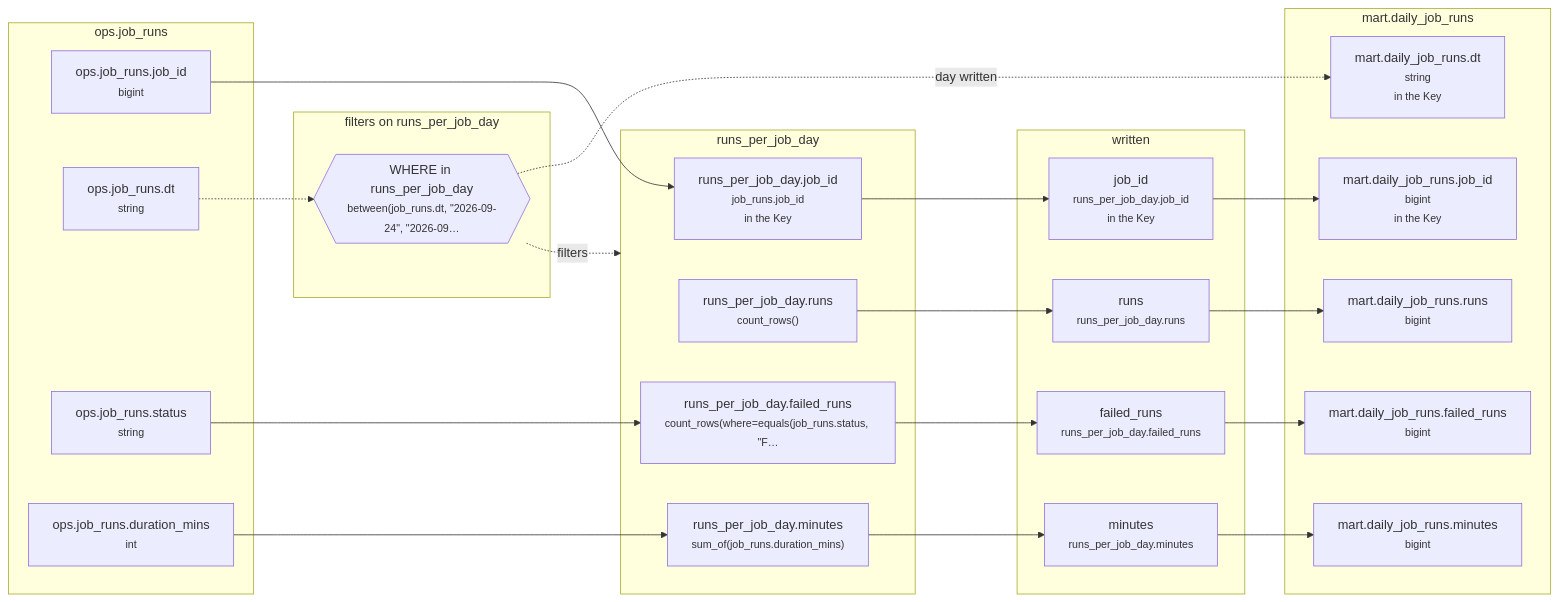
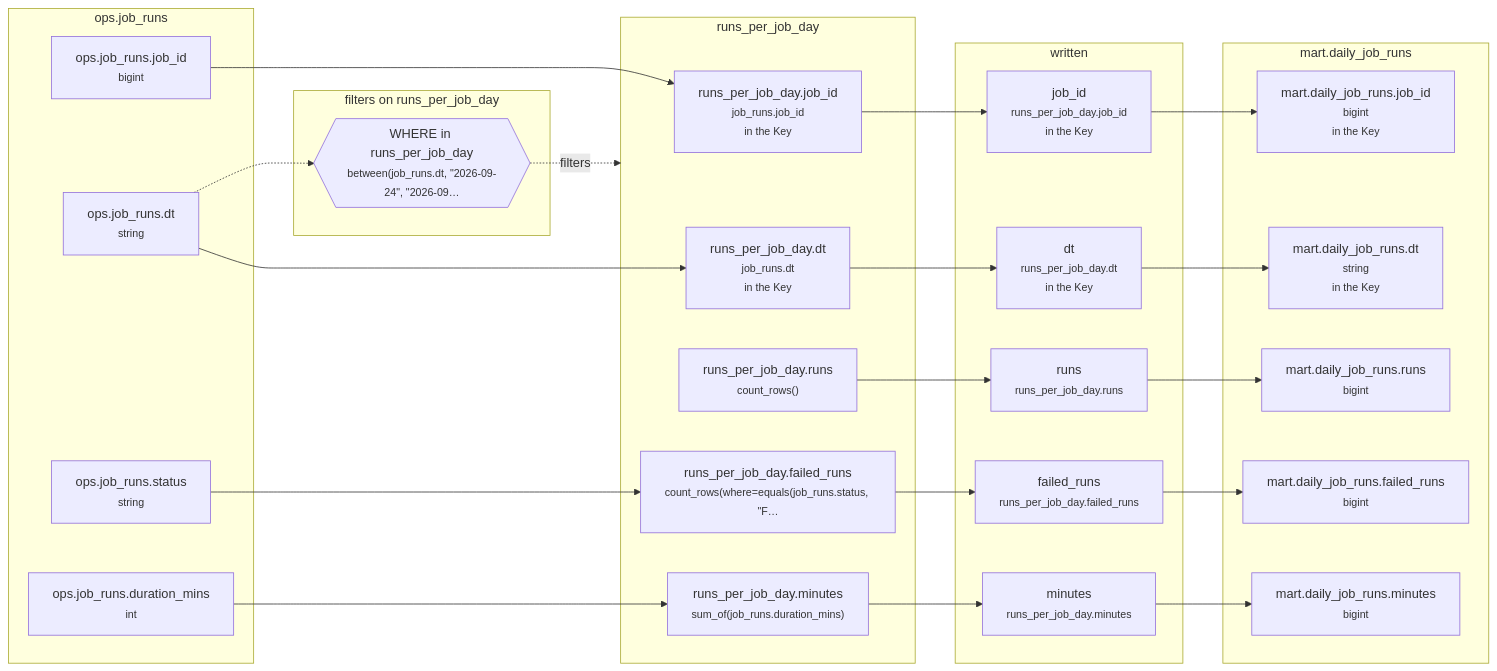
The diagram in example_projects/starter/tables/mart__daily_job_runs/lineage/20260925-060000-mart__daily_job_runs.md (EdgyPage/SQL-Composer), drawn with Mermaid before and after one commit. The commit also changed other lines of this file and 180 other files, not shown here.

````diff
--- a/example_projects/starter/tables/mart__daily_job_runs/lineage/20260925-060000-mart__daily_job_runs.md
+++ b/example_projects/starter/tables/mart__daily_job_runs/lineage/20260925-060000-mart__daily_job_runs.md
@@ -7,45 +7,49 @@
 ```mermaid
 flowchart LR
   subgraph g0["ops.job_runs"]
     n0["ops.job_runs.job_id<br/><small>bigint</small>"]
     n2["ops.job_runs.dt<br/><small>string</small>"]
-    n4["ops.job_runs.status<br/><small>string</small>"]
-    n6["ops.job_runs.duration_mins<br/><small>int</small>"]
+    n5["ops.job_runs.status<br/><small>string</small>"]
+    n7["ops.job_runs.duration_mins<br/><small>int</small>"]
   end
   subgraph g1["runs_per_job_day"]
     n1["runs_per_job_day.job_id<br/><small>job_runs.job_id</small><br/><small>in the Key</small>"]
-    n3["runs_per_job_day.runs<br/><small>count_rows()</small>"]
-    n5["runs_per_job_day.failed_runs<br/><small>count_rows(where=equals(job_runs.status, #quot;F…</small>"]
-    n7["runs_per_job_day.minutes<br/><small>sum_of(job_runs.duration_mins)</small>"]
+    n3["runs_per_job_day.dt<br/><small>job_runs.dt</small><br/><small>in the Key</small>"]
+    n4["runs_per_job_day.runs<br/><small>count_rows()</small>"]
+    n6["runs_per_job_day.failed_runs<br/><small>count_rows(where=equals(job_runs.status, #quot;F…</small>"]
+    n8["runs_per_job_day.minutes<br/><small>sum_of(job_runs.duration_mins)</small>"]
   end
   subgraph g2["filters on runs_per_job_day"]
-    n8{{"WHERE in runs_per_job_day<br/><small>between(job_runs.dt, #quot;2026-09-24#quot;, #quot;2026-09…</small>"}}
+    n9{{"WHERE in runs_per_job_day<br/><small>between(job_runs.dt, #quot;2026-09-24#quot;, #quot;2026-09…</small>"}}
   end
   subgraph g3["written"]
-    n9["job_id<br/><small>runs_per_job_day.job_id</small><br/><small>in the Key</small>"]
-    n10["runs<br/><small>runs_per_job_day.runs</small>"]
-    n11["failed_runs<br/><small>runs_per_job_day.failed_runs</small>"]
-    n12["minutes<br/><small>runs_per_job_day.minutes</small>"]
+    n10["job_id<br/><small>runs_per_job_day.job_id</small><br/><small>in the Key</small>"]
+    n11["runs<br/><small>runs_per_job_day.runs</small>"]
+    n12["failed_runs<br/><small>runs_per_job_day.failed_runs</small>"]
+    n13["minutes<br/><small>runs_per_job_day.minutes</small>"]
+    n14["dt<br/><small>runs_per_job_day.dt</small><br/><small>in the Key</small>"]
   end
   subgraph g4["mart.daily_job_runs"]
-    n13["mart.daily_job_runs.job_id<br/><small>bigint</small><br/><small>in the Key</small>"]
-    n14["mart.daily_job_runs.runs<br/><small>bigint</small>"]
-    n15["mart.daily_job_runs.failed_runs<br/><small>bigint</small>"]
-    n16["mart.daily_job_runs.minutes<br/><small>bigint</small>"]
-    n17["mart.daily_job_runs.dt<br/><small>string</small><br/><small>in the Key</small>"]
+    n15["mart.daily_job_runs.job_id<br/><small>bigint</small><br/><small>in the Key</small>"]
+    n16["mart.daily_job_runs.runs<br/><small>bigint</small>"]
+    n17["mart.daily_job_runs.failed_runs<br/><small>bigint</small>"]
+    n18["mart.daily_job_runs.minutes<br/><small>bigint</small>"]
+    n19["mart.daily_job_runs.dt<br/><small>string</small><br/><small>in the Key</small>"]
   end
   n0 --> n1
-  n4 --> n5
-  n6 --> n7
-  n2 -.-> n8
-  n1 --> n9
-  n3 --> n10
-  n5 --> n11
-  n7 --> n12
-  n9 --> n13
-  n10 --> n14
-  n11 --> n15
-  n12 --> n16
-  n8 -.->|day written| n17
-  n8 -.->|filters| g1
+  n2 --> n3
+  n5 --> n6
+  n7 --> n8
+  n2 -.-> n9
+  n1 --> n10
+  n4 --> n11
+  n6 --> n12
+  n8 --> n13
+  n3 --> n14
+  n10 --> n15
+  n11 --> n16
+  n12 --> n17
+  n13 --> n18
+  n14 --> n19
+  n9 -.->|filters| g1
 ```
````
